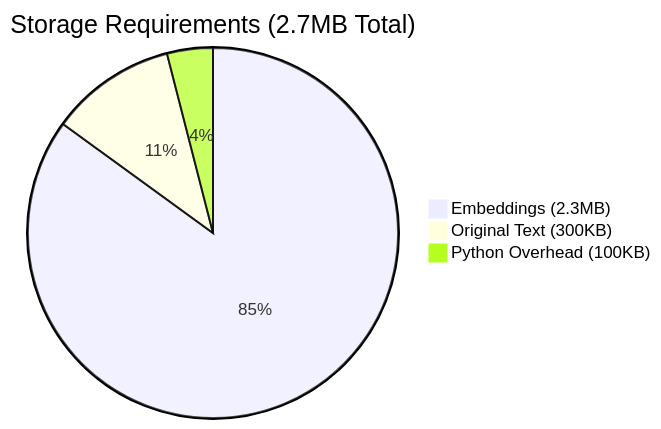
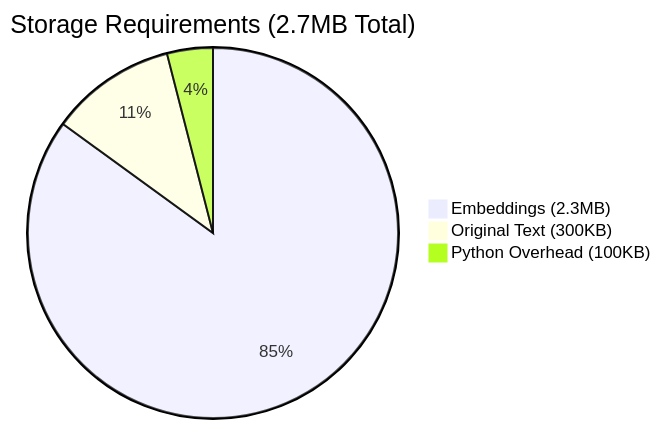
Before and after one commit to ovokpus/AIE8: diagram 13 of 16 in 02_Embeddings_and_RAG/Understanding_Pythonic_RAG.md, drawn with Mermaid. The commit also changed other lines of this file, not shown here.

Commit message:
fixed mermaid

````diff
--- a/02_Embeddings_and_RAG/Understanding_Pythonic_RAG.md
+++ b/02_Embeddings_and_RAG/Understanding_Pythonic_RAG.md
@@ -509,7 +508,6 @@
 ```mermaid
-%%{init: {"pie": {"textPosition": 0.5}, "themeVariables": {"pieTextColor": "#000000"}}}%%
 pie title Storage Requirements (2.7MB Total)
     "Embeddings (2.3MB)" : 85
     "Original Text (300KB)" : 11
     "Python Overhead (100KB)" : 4
 ```
````
